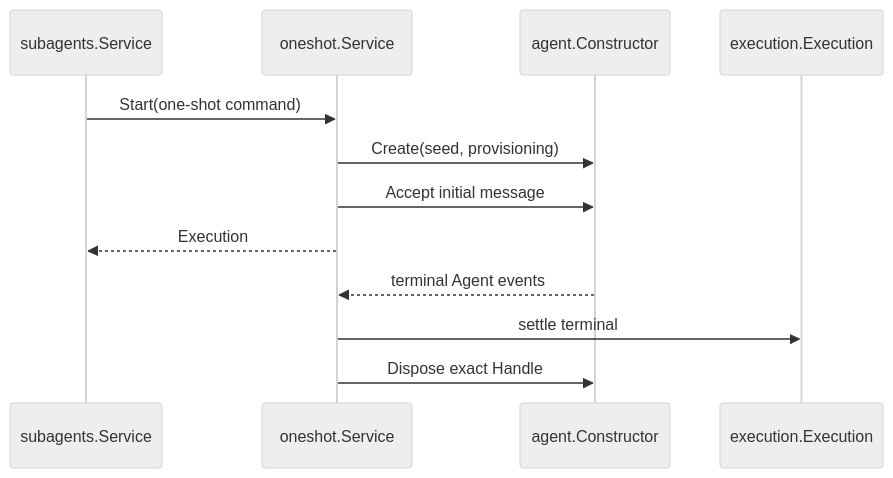
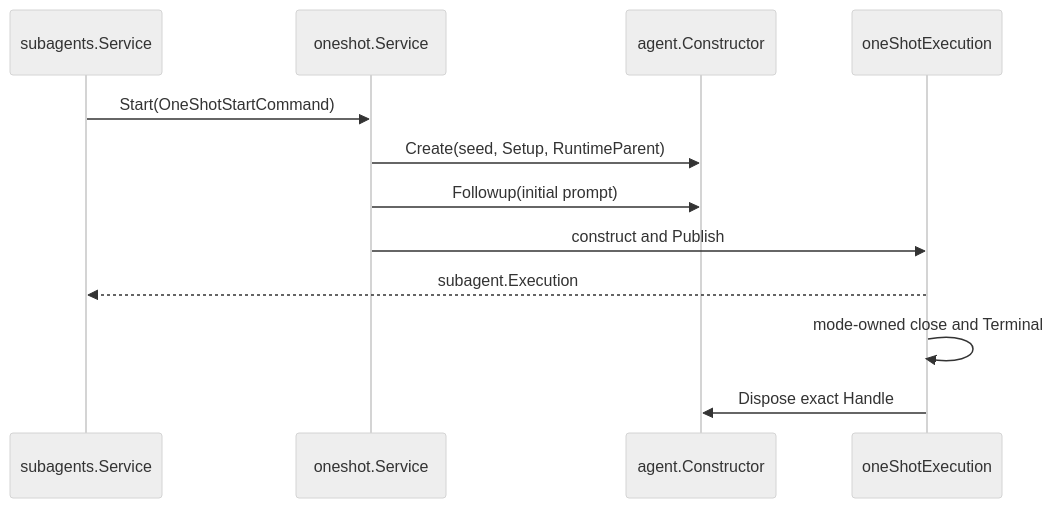
One commit to gorenx/goren changed the diagram in subagent/internal/oneshot/README.zh-CN.md. Above: the diagram before and after it, drawn with Mermaid (neutral theme). The commit also changed other lines of this file and 29 other files, not shown here.

````diff
--- a/subagent/internal/oneshot/README.zh-CN.md
+++ b/subagent/internal/oneshot/README.zh-CN.md
@@ -5,15 +5,15 @@
 ```mermaid
 sequenceDiagram
-    participant S as subagents.Service
-    participant O as oneshot.Service
-    participant A as agent.Constructor
-    participant E as execution.Execution
+    participant Service as subagents.Service
+    participant OneShot as oneshot.Service
+    participant Agent as agent.Constructor
+    participant Execution as oneShotExecution
 
-    S->>O: Start(one-shot command)
-    O->>A: Create(seed, provisioning)
-    O->>A: Accept initial message
-    O-->>S: Execution
-    A-->>O: terminal Agent events
-    O->>E: settle terminal
-    O->>A: Dispose exact Handle
+    Service->>OneShot: Start(OneShotStartCommand)
+    OneShot->>Agent: Create(seed, Setup, RuntimeParent)
+    OneShot->>Agent: Followup(initial prompt)
+    OneShot->>Execution: construct and Publish
+    Execution-->>Service: subagent.Execution
+    Execution->>Execution: mode-owned close and Terminal
+    Execution->>Agent: Dispose exact Handle
 ```
````
